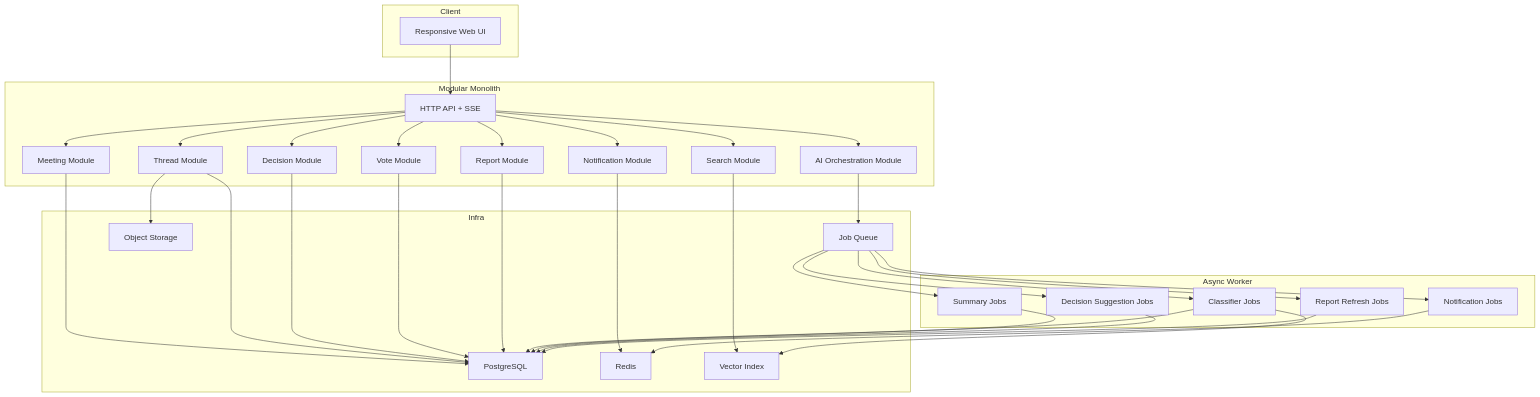
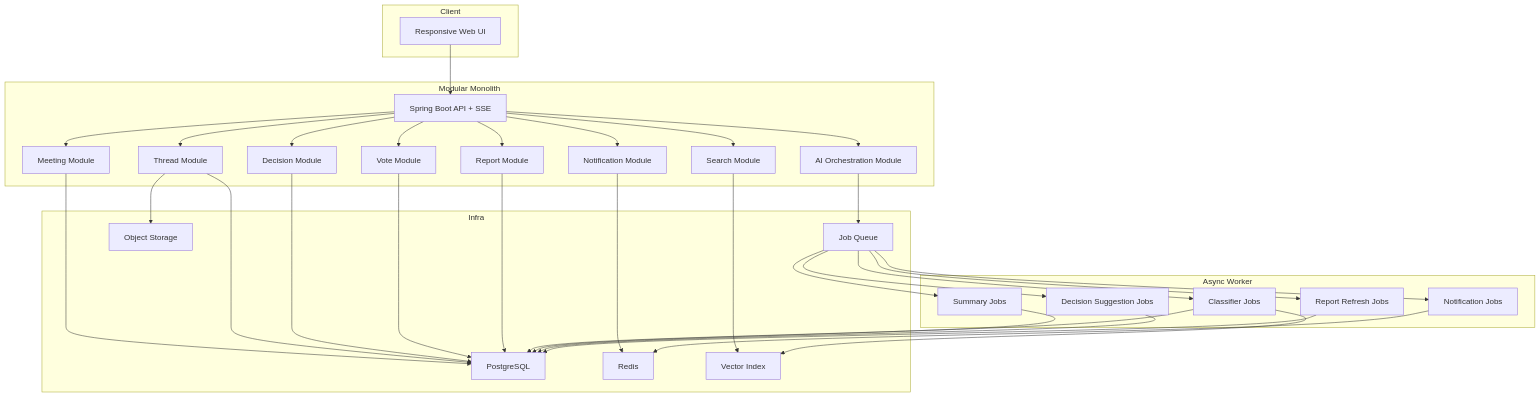
The second of 2 diagrams in docs/engineering/architecture-overview.md (polynomeer/dudecide), drawn with Mermaid before and after one commit. The commit also changed other lines of this file and 2 other files, not shown here.

Commit message:
docs(engineering): switch backend architecture to kotlin spring

````diff
--- a/docs/engineering/architecture-overview.md
+++ b/docs/engineering/architecture-overview.md
@@ -125,64 +140,64 @@
 ```mermaid
 flowchart TB
     subgraph client["Client"]
         ui["Responsive Web UI"]
     end
 
     subgraph server["Modular Monolith"]
-        gateway["HTTP API + SSE"]
+        gateway["Spring Boot API + SSE"]
         meeting["Meeting Module"]
         thread["Thread Module"]
         decision["Decision Module"]
         vote["Vote Module"]
         search["Search Module"]
         report["Report Module"]
         notification["Notification Module"]
         aiapp["AI Orchestration Module"]
     end
 
     subgraph infra["Infra"]
         pg["PostgreSQL"]
         rd["Redis"]
         jq["Job Queue"]
         vec["Vector Index"]
         obj["Object Storage"]
     end
 
     subgraph worker["Async Worker"]
         classify["Classifier Jobs"]
         summarize["Summary Jobs"]
         suggest["Decision Suggestion Jobs"]
         refresh["Report Refresh Jobs"]
         notify["Notification Jobs"]
     end
 
     ui --> gateway
     gateway --> meeting
     gateway --> thread
     gateway --> decision
     gateway --> vote
     gateway --> search
     gateway --> report
     gateway --> notification
     gateway --> aiapp
     meeting --> pg
     thread --> pg
     decision --> pg
     vote --> pg
     search --> vec
     report --> pg
     notification --> rd
     aiapp --> jq
     classify --> pg
     classify --> vec
     summarize --> pg
     suggest --> pg
     refresh --> pg
     notify --> rd
     jq --> classify
     jq --> summarize
     jq --> suggest
     jq --> refresh
     jq --> notify
     thread --> obj
 ```
````
